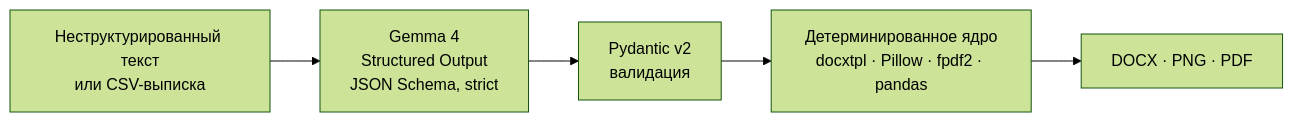
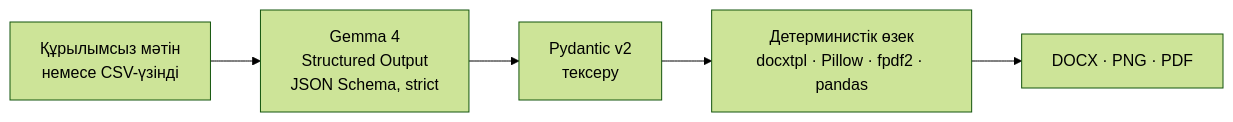
Before and after one commit to batryzhan/orcify: the second of 3 diagrams in README.md, drawn with Mermaid (forest theme). The commit also changed other lines of this file and 112 other files, not shown here.

````diff
--- a/README.md
+++ b/README.md
@@ -188,7 +192,7 @@
 ```mermaid
 flowchart LR
-    T["Неструктурированный текст<br/>или CSV-выписка"] --> E["Gemma 4<br/>Structured Output<br/>JSON Schema, strict"]
-    E --> V["Pydantic v2<br/>валидация"]
-    V --> D["Детерминированное ядро<br/>docxtpl · Pillow · fpdf2 · pandas"]
+    T["Құрылымсыз мәтін<br/>немесе CSV-үзінді"] --> E["Gemma 4<br/>Structured Output<br/>JSON Schema, strict"]
+    E --> V["Pydantic v2<br/>тексеру"]
+    V --> D["Детерминистік өзек<br/>docxtpl · Pillow · fpdf2 · pandas"]
     D --> O["DOCX · PNG · PDF"]
 ```
````
